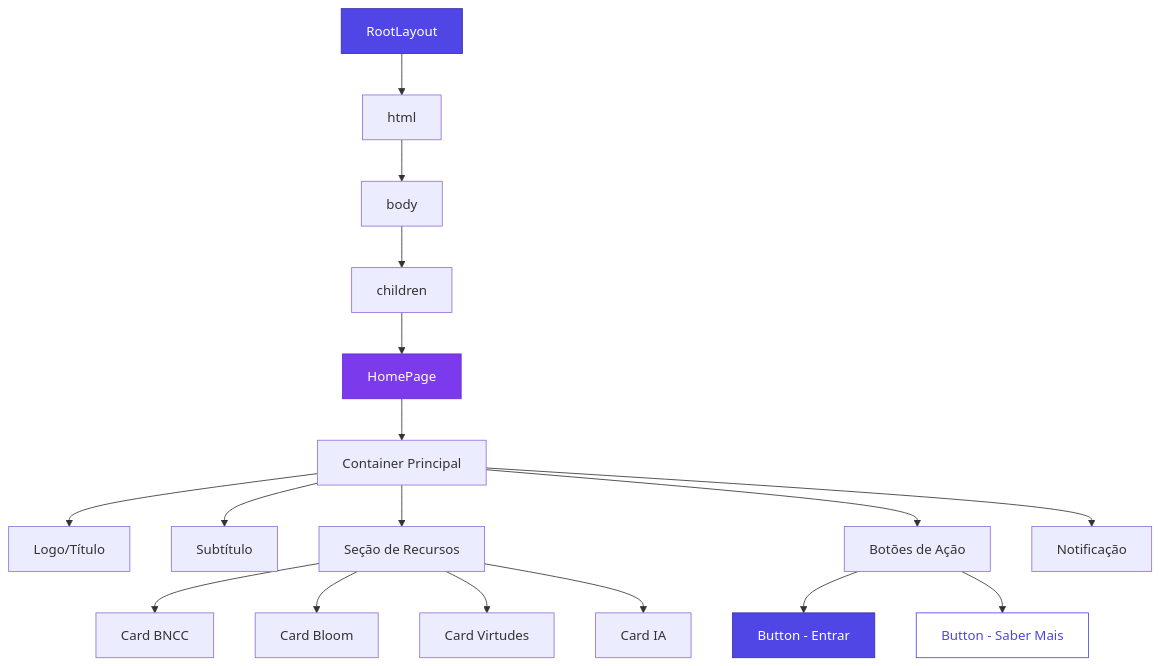
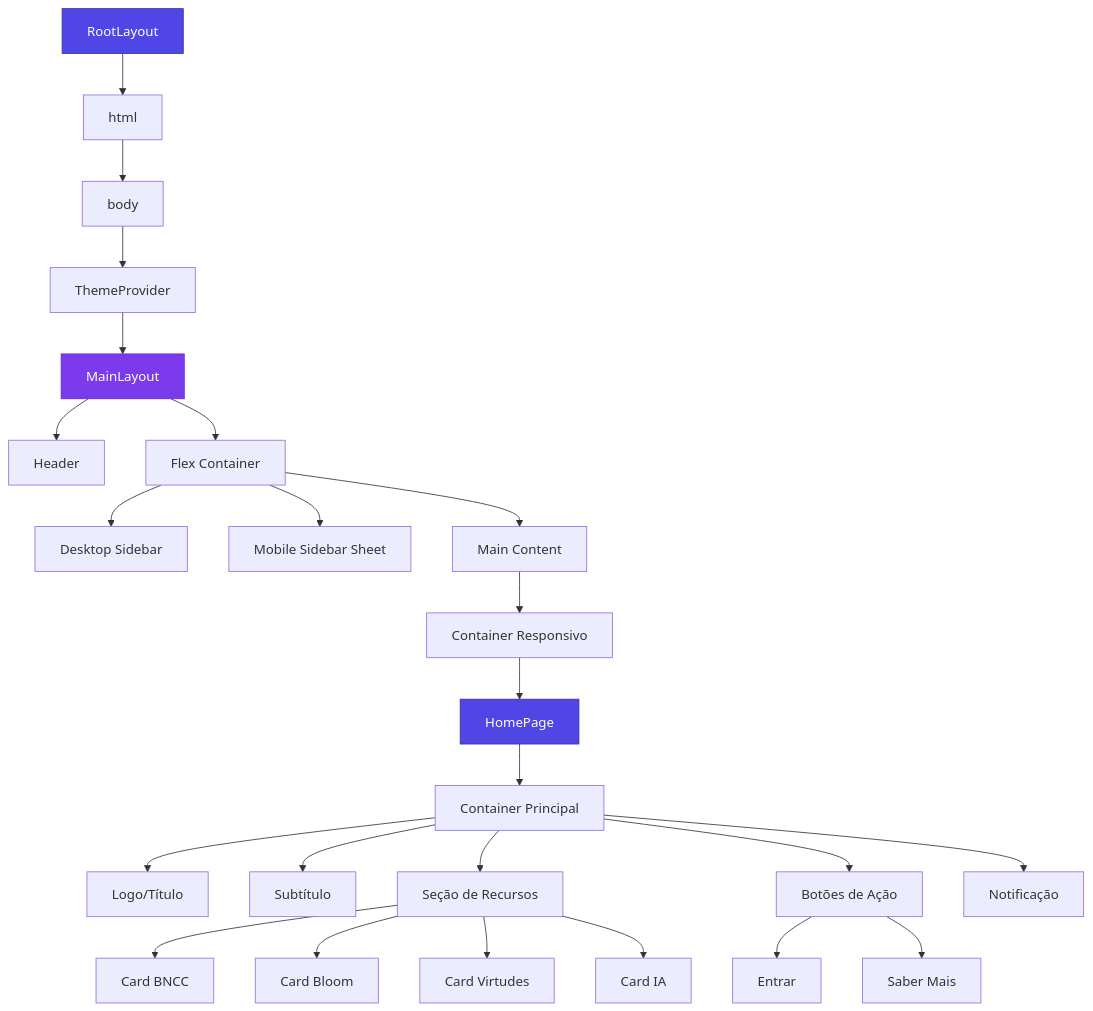
One commit to jordansmedeiros/virtuquest changed the fourth of 4 diagrams in .qoder/repowiki/pt/content/Arquitetura de Componentes/Hierarquia de Componentes.md. Above: the diagram before and after it, drawn with Mermaid. The commit also changed other lines of this file and 32 other files, not shown here.

````diff
--- a/.qoder/repowiki/pt/content/Arquitetura de Componentes/Hierarquia de Componentes.md
+++ b/.qoder/repowiki/pt/content/Arquitetura de Componentes/Hierarquia de Componentes.md
@@ -228,23 +217,29 @@
 ```mermaid
 flowchart TD
 A[RootLayout] --> B[html]
 B --> C[body]
-C --> D[children]
-D --> E[HomePage]
-E --> F[Container Principal]
-F --> G[Logo/Título]
-F --> H[Subtítulo]
-F --> I[Seção de Recursos]
-I --> J[Card BNCC]
-I --> K[Card Bloom]
-I --> L[Card Virtudes]
-I --> M[Card IA]
-F --> N[Botões de Ação]
-N --> O[Button - Entrar]
-N --> P[Button - Saber Mais]
-F --> Q[Notificação]
+C --> D[ThemeProvider]
+D --> E[MainLayout]
+E --> F[Header]
+E --> G[Flex Container]
+G --> H[Desktop Sidebar]
+G --> I[Mobile Sidebar Sheet]
+G --> J[Main Content]
+J --> K[Container Responsivo]
+K --> L[HomePage]
+L --> M[Container Principal]
+M --> N[Logo/Título]
+M --> O[Subtítulo]
+M --> P[Seção de Recursos]
+P --> Q[Card BNCC]
+P --> R[Card Bloom]
+P --> S[Card Virtudes]
+P --> T[Card IA]
+M --> U[Botões de Ação]
+U --> V[Entrar]
+U --> W[Saber Mais]
+M --> X[Notificação]
 style A fill:#4f46e5,stroke:#3730a3,color:white
 style E fill:#7c3aed,stroke:#6d28d9,color:white
-style O fill:#4f46e5,stroke:#3730a3,color:white
-style P fill:#ffffff,stroke:#4f46e5,color:#4f46e5
+style L fill:#4f46e5,stroke:#3730a3,color:white
 ```
````
